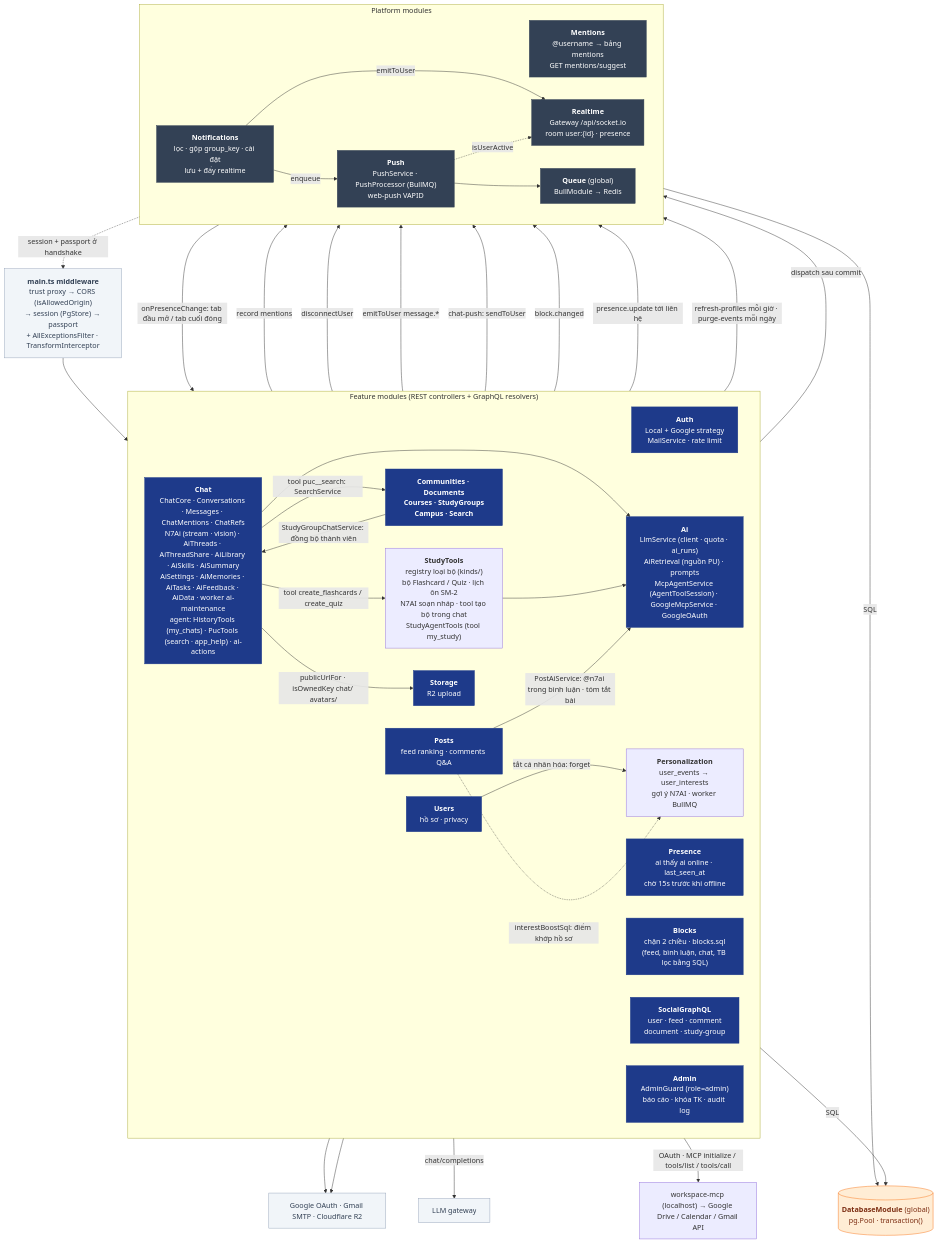
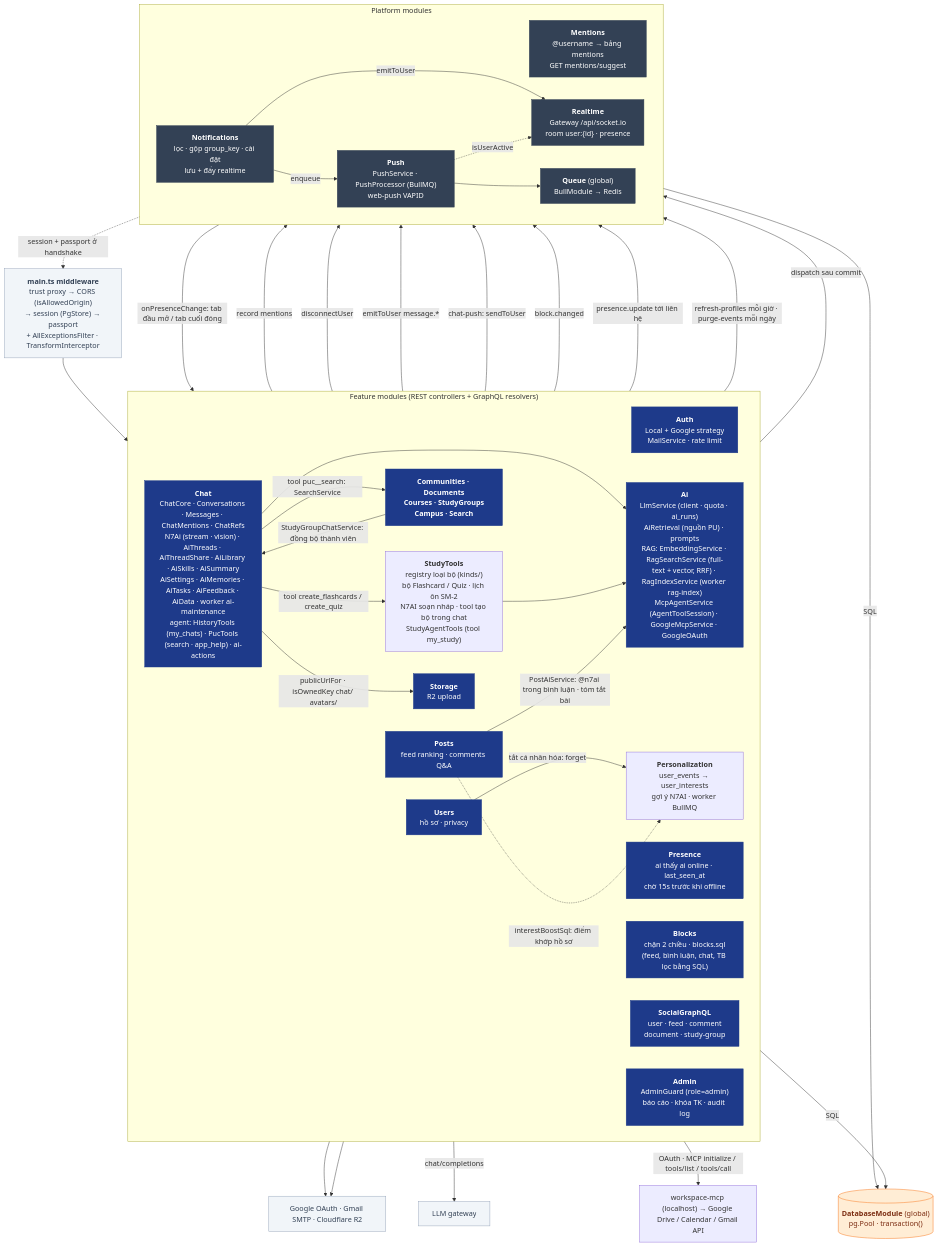
One commit to nhatcoi/pu-connect changed the diagram in docs/diagrams/03-api-components.md. Above: the diagram before and after it, drawn with Mermaid. The commit also changed other lines of this file and 6 other files, not shown here.

Commit message:
docs(ai): RAG hybrid search design, Mac mini embedding server, eval results

````diff
--- a/docs/diagrams/03-api-components.md
+++ b/docs/diagrams/03-api-components.md
@@ -7,70 +7,70 @@
 ```mermaid
 flowchart TB
   mw["<b>main.ts middleware</b><br/>trust proxy → CORS (isAllowedOrigin)<br/>→ session (PgStore) → passport<br/>+ AllExceptionsFilter · TransformInterceptor"]
 
   subgraph Feature["Feature modules (REST controllers + GraphQL resolvers)"]
     direction LR
     auth["<b>Auth</b><br/>Local + Google strategy<br/>MailService · rate limit"]
     users["<b>Users</b><br/>hồ sơ · privacy"]
     presence["<b>Presence</b><br/>ai thấy ai online · last_seen_at<br/>chờ 15s trước khi offline"]
     blocks["<b>Blocks</b><br/>chặn 2 chiều · blocks.sql<br/>(feed, bình luận, chat, TB lọc bằng SQL)"]
     posts["<b>Posts</b><br/>feed ranking · comments Q&A"]
     gql["<b>SocialGraphQL</b><br/>user · feed · comment<br/>document · study-group"]
     others["<b>Communities · Documents<br/>Courses · StudyGroups<br/>Campus · Search</b>"]
     storage["<b>Storage</b><br/>R2 upload"]
     admin["<b>Admin</b><br/>AdminGuard (role=admin)<br/>báo cáo · khóa TK · audit log"]
     chat["<b>Chat</b><br/>ChatCore · Conversations · Messages · ChatMentions · ChatRefs<br/>N7Ai (stream · vision) · AiThreads · AiThreadShare · AiLibrary · AiSkills · AiSummary<br/>AiSettings · AiMemories · AiTasks · AiFeedback · AiData · worker ai-maintenance<br/>agent: HistoryTools (my_chats) · PucTools (search · app_help) · ai-actions"]
-    ai["<b>Ai</b><br/>LlmService (client · quota · ai_runs)<br/>AiRetrieval (nguồn PU) · prompts<br/>McpAgentService (AgentToolSession) · GoogleMcpService · GoogleOAuth"]
+    ai["<b>Ai</b><br/>LlmService (client · quota · ai_runs)<br/>AiRetrieval (nguồn PU) · prompts<br/>RAG: EmbeddingService · RagSearchService (full-text + vector, RRF) · RagIndexService (worker rag-index)<br/>McpAgentService (AgentToolSession) · GoogleMcpService · GoogleOAuth"]
     perso["<b>Personalization</b><br/>user_events → user_interests<br/>gợi ý N7AI · worker BullMQ"]
     tools["<b>StudyTools</b><br/>registry loại bộ (kinds/)<br/>bộ Flashcard / Quiz · lịch ôn SM-2<br/>N7AI soạn nháp · tool tạo bộ trong chat<br/>StudyAgentTools (tool my_study)"]
   end
 
   subgraph Platform["Platform modules"]
     direction LR
     mentions["<b>Mentions</b><br/>@username → bảng mentions<br/>GET mentions/suggest"]
     notif["<b>Notifications</b><br/>lọc · gộp group_key · cài đặt<br/>lưu + đẩy realtime"]
     rt["<b>Realtime</b><br/>Gateway /api/socket.io<br/>room user:{id} · presence"]
     push["<b>Push</b><br/>PushService · PushProcessor (BullMQ)<br/>web-push VAPID"]
     queue["<b>Queue</b> (global)<br/>BullModule → Redis"]
   end
 
   db[("<b>DatabaseModule</b> (global)<br/>pg.Pool · transaction()")]
   ext["Google OAuth · Gmail SMTP · Cloudflare R2"]
 
   mw --> Feature
   posts -->|record mentions| mentions
   Feature -->|dispatch sau commit| notif -->|emitToUser| rt
   notif -->|enqueue| push --> queue
   push -. isUserActive .-> rt
   rt -. session + passport ở handshake .-> mw
   Feature -->|SQL| db
   Platform -->|SQL| db
   auth & storage --> ext
   admin -->|disconnectUser| rt
   chat -->|emitToUser message.*| rt
   chat -->|chat-push: sendToUser| push
   chat --> ai
   chat -->|tool create_flashcards / create_quiz| tools
   chat -->|tool puc__search: SearchService| others
   tools --> ai
   posts -->|PostAiService: @n7ai trong bình luận · tóm tắt bài| ai
   ai -->|chat/completions| llm["LLM gateway"]
   ai -->|"OAuth · MCP initialize / tools/list / tools/call"| gdrive["workspace-mcp (localhost) → Google Drive / Calendar / Gmail API"]
   chat -->|publicUrlFor · isOwnedKey chat/ avatars/| storage
   others -->|StudyGroupChatService: đồng bộ thành viên| chat
   blocks -->|block.changed| rt
   rt -->|onPresenceChange: tab đầu mở / tab cuối đóng| presence
   presence -->|presence.update tới liên hệ| rt
   users -->|tắt cá nhân hóa: forget| perso
   perso -->|refresh-profiles mỗi giờ · purge-events mỗi ngày| queue
   posts -. interestBoostSql: điểm khớp hồ sơ .-> perso
 
   classDef mod fill:#1e3a8a,stroke:#1e3a8a,color:#fff
   classDef plat fill:#334155,stroke:#334155,color:#fff
   classDef store fill:#ffedd5,stroke:#f97316,color:#7c2d12
   classDef external fill:#f1f5f9,stroke:#94a3b8,color:#334155
   class auth,users,blocks,presence,ai,posts,communities,others,storage,gql,admin,chat mod
   class mentions,notif,rt,push,queue plat
   class db store
   class ext,mw,llm external
 ```
````
